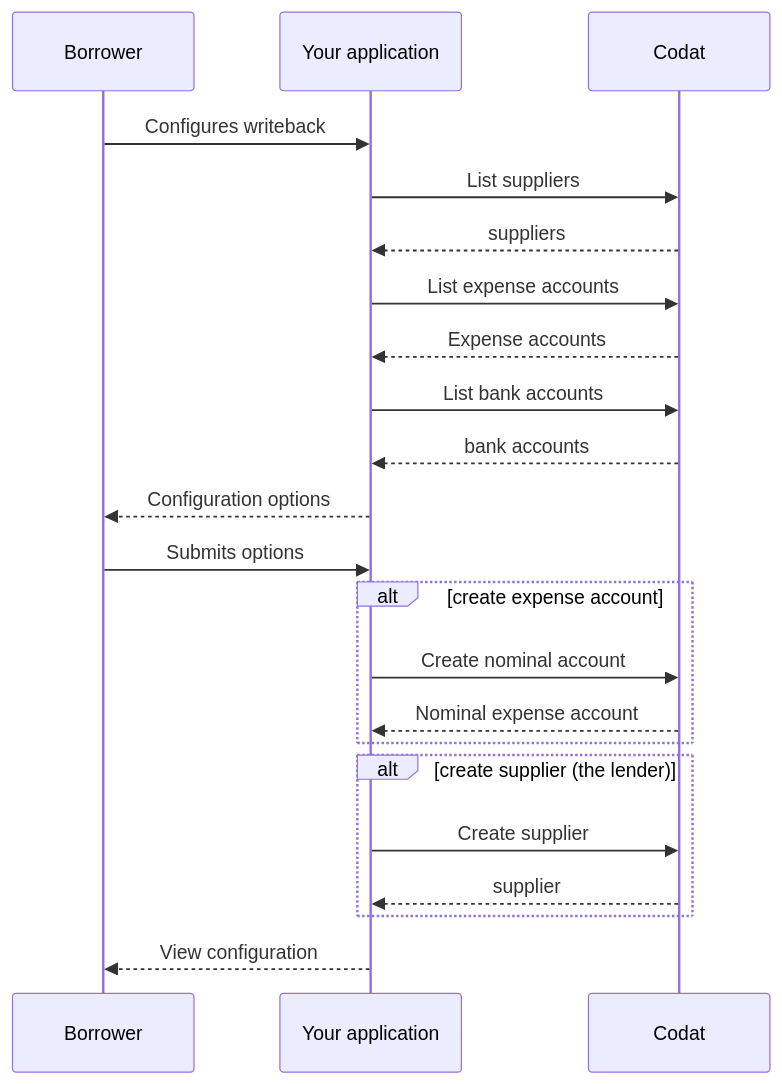
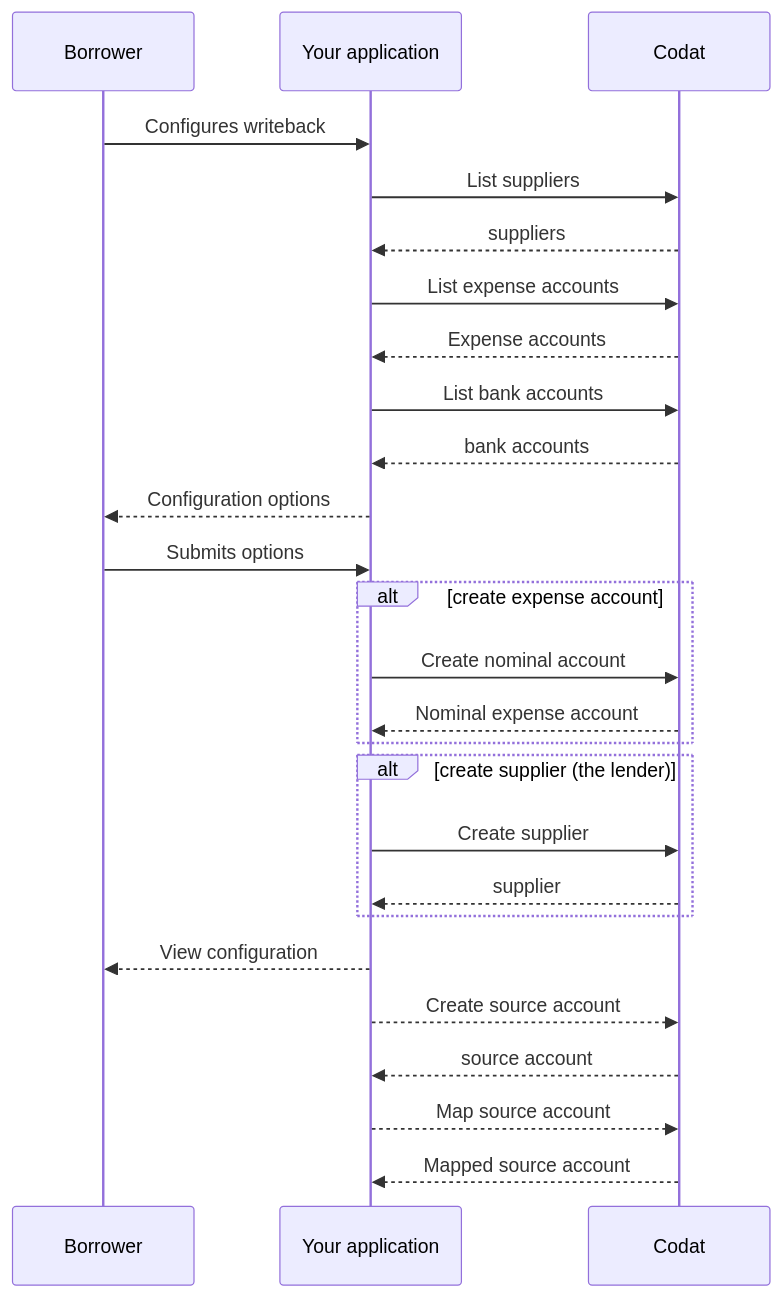
Before and after one commit to codatio/codat-docs: the diagram in docs/lending/guides/loan-writeback/configure.md, drawn with Mermaid. The commit also changed other lines of this file and 5 other files, not shown here.

````diff
--- a/docs/lending/guides/loan-writeback/configure.md
+++ b/docs/lending/guides/loan-writeback/configure.md
@@ -32,34 +32,39 @@
 ```mermaid
 sequenceDiagram
     participant frontend as Borrower
     participant backend as Your application 
     participant codat as Codat
     
-
     frontend ->> backend: Configures writeback
 
     backend ->> codat: List suppliers
     codat -->> backend: suppliers
 
     backend ->> codat: List expense accounts
     codat -->> backend: Expense accounts
         
     backend ->> codat: List bank accounts
     codat -->> backend: bank accounts
     
     backend -->> frontend: Configuration options
     
     frontend ->> backend: Submits options
     
     alt create expense account
         backend ->> codat: Create nominal account
         codat -->> backend: Nominal expense account
     end
     
     alt create supplier (the lender)
         backend ->> codat: Create supplier
         codat -->> backend: supplier
     end
 
     backend -->> frontend: View configuration
+
+    backend -->> codat: Create source account
+    codat -->> backend: source account
+
+    backend -->> codat: Map source account
+    codat -->> backend: Mapped source account
 ```
````
